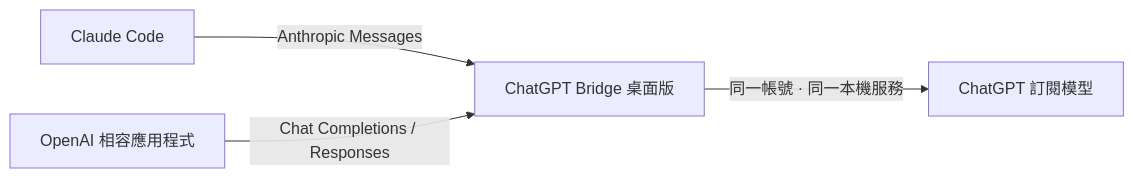
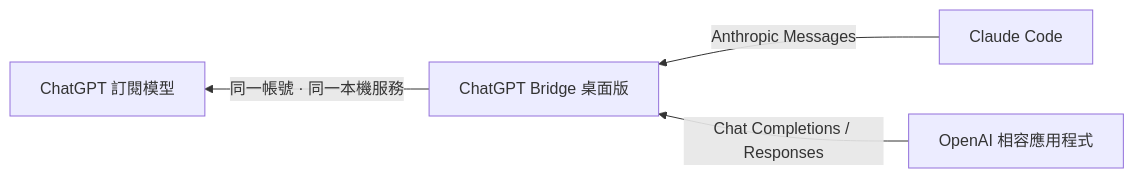
Before and after one commit to FeatherBlade91/CodexAnywhere: the diagram in docs/README.zh-TW.md, drawn with Mermaid. The commit also changed 2 other files, not shown here.

Commit message:
docs: reverse connection diagram layout

````diff
--- a/docs/README.zh-TW.md
+++ b/docs/README.zh-TW.md
@@ -27,6 +27,6 @@
 ```mermaid
-flowchart LR
+flowchart RL
     C[Claude Code] -->|Anthropic Messages| B[ChatGPT Bridge 桌面版]
     A[OpenAI 相容應用程式] -->|Chat Completions / Responses| B
     B -->|同一帳號 · 同一本機服務| S[ChatGPT 訂閱模型]
 ```
````
